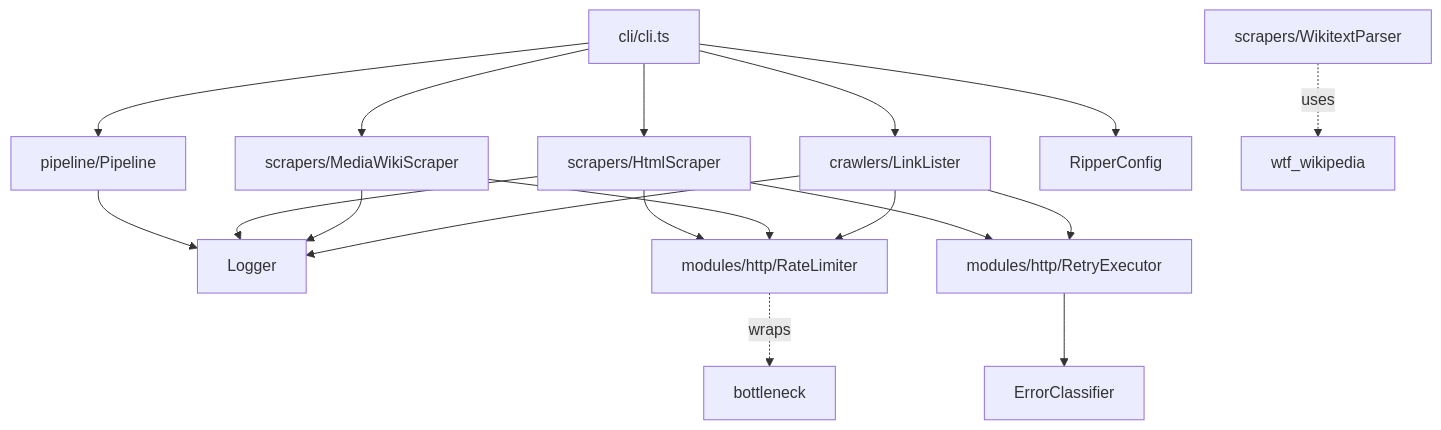
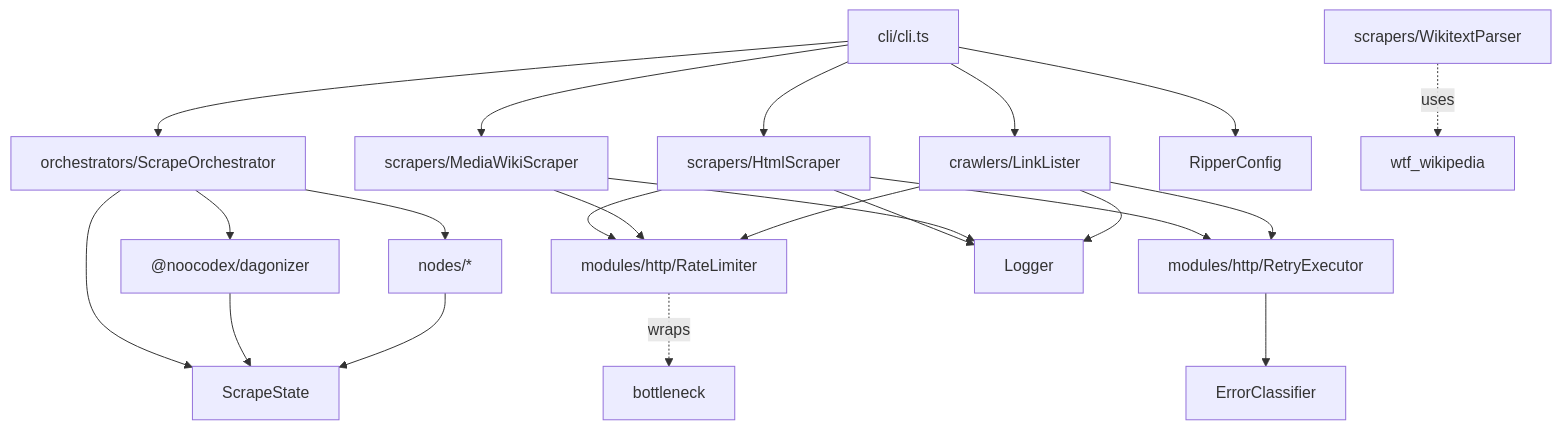
The first of 19 diagrams in docs/architecture.md (Studnicky/PathRipper), drawn with Mermaid before and after one commit. The commit also changed other lines of this file and 179 other files, not shown here.

````diff
--- a/docs/architecture.md
+++ b/docs/architecture.md
@@ -7,25 +7,31 @@
 ```mermaid
 graph TD
-    CLI[cli/cli.ts] --> Pipeline
+    CLI[cli/cli.ts] --> ScrapeOrchestrator
     CLI --> HtmlScraper
     CLI --> MediaWikiScraper
     CLI --> LinkLister
     CLI --> RipperConfig
 
-    Pipeline[pipeline/Pipeline] --> Logger
+    ScrapeOrchestrator[orchestrators/ScrapeOrchestrator] --> Dagonizer
+    ScrapeOrchestrator --> ScrapeState
+    ScrapeOrchestrator --> BuiltinNodes
+
+    Dagonizer["@noocodex/dagonizer"] --> ScrapeState
+
+    BuiltinNodes[nodes/*] --> ScrapeState
 
     HtmlScraper[scrapers/HtmlScraper] --> RateLimiter
     HtmlScraper --> RetryExecutor
     HtmlScraper --> Logger
 
     MediaWikiScraper[scrapers/MediaWikiScraper] --> RateLimiter
     MediaWikiScraper --> Logger
     WikitextParser[scrapers/WikitextParser] -.uses.-> wtf_wikipedia
 
     LinkLister[crawlers/LinkLister] --> RateLimiter
     LinkLister --> RetryExecutor
     LinkLister --> Logger
 
     RetryExecutor[modules/http/RetryExecutor] --> ErrorClassifier
     RateLimiter[modules/http/RateLimiter] -.wraps.-> bottleneck
 ```
````
